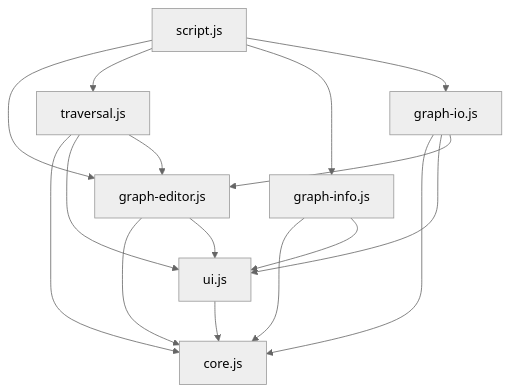
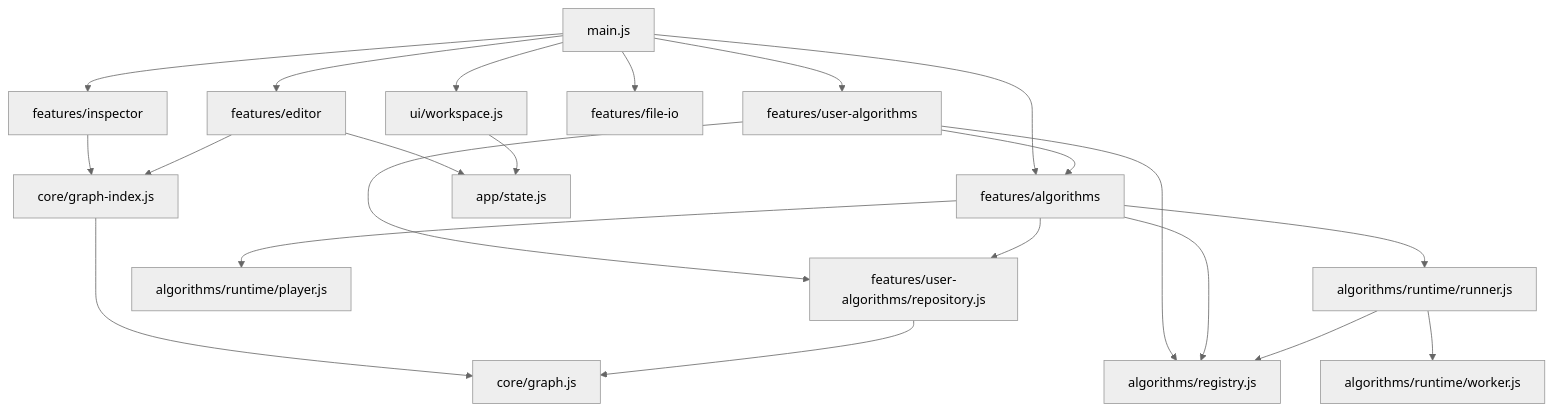
The first of 2 diagrams in graphs/scripts/README.md (iliami/iliami.github.io), drawn with Mermaid (neutral theme) before and after one commit. The commit also changed other lines of this file and 62 other files, not shown here.

````diff
--- a/graphs/scripts/README.md
+++ b/graphs/scripts/README.md
@@ -22,32 +46,44 @@
 ```mermaid
 flowchart TD
-    script[script.js]
+    main[main.js]
 
-    editor[graph-editor.js]
-    traversal[traversal.js]
-    info[graph-info.js]
-    io[graph-io.js]
-    ui[ui.js]
-    core[core.js]
+    editor[features/editor]
+    algorithms[features/algorithms]
+    user[features/user-algorithms]
+    inspector[features/inspector]
+    fileio[features/file-io]
+    workspace[ui/workspace.js]
 
-    script --> editor
-    script --> traversal
-    script --> info
-    script --> io
+    registry[algorithms/registry.js]
+    runner[algorithms/runtime/runner.js]
+    player[algorithms/runtime/player.js]
+    worker[algorithms/runtime/worker.js]
+    repository[features/user-algorithms/repository.js]
+    index[core/graph-index.js]
+    core[core/graph.js]
+    state[app/state.js]
 
-    editor --> core
-    editor --> ui
+    main --> editor
+    main --> algorithms
+    main --> user
+    main --> inspector
+    main --> fileio
+    main --> workspace
 
-    traversal --> core
-    traversal --> ui
-    traversal --> editor
+    user --> registry
+    user --> repository
+    user --> algorithms
+    algorithms --> registry
+    algorithms --> runner
+    algorithms --> player
+    algorithms --> repository
 
-    info --> core
-    info --> ui
-
-    io --> core
-    io --> ui
-    io --> editor
-
-    ui --> core
+    runner --> worker
+    runner --> registry
+    inspector --> index
+    editor --> index
+    editor --> state
+    workspace --> state
+    index --> core
+    repository --> core
 ```
````
